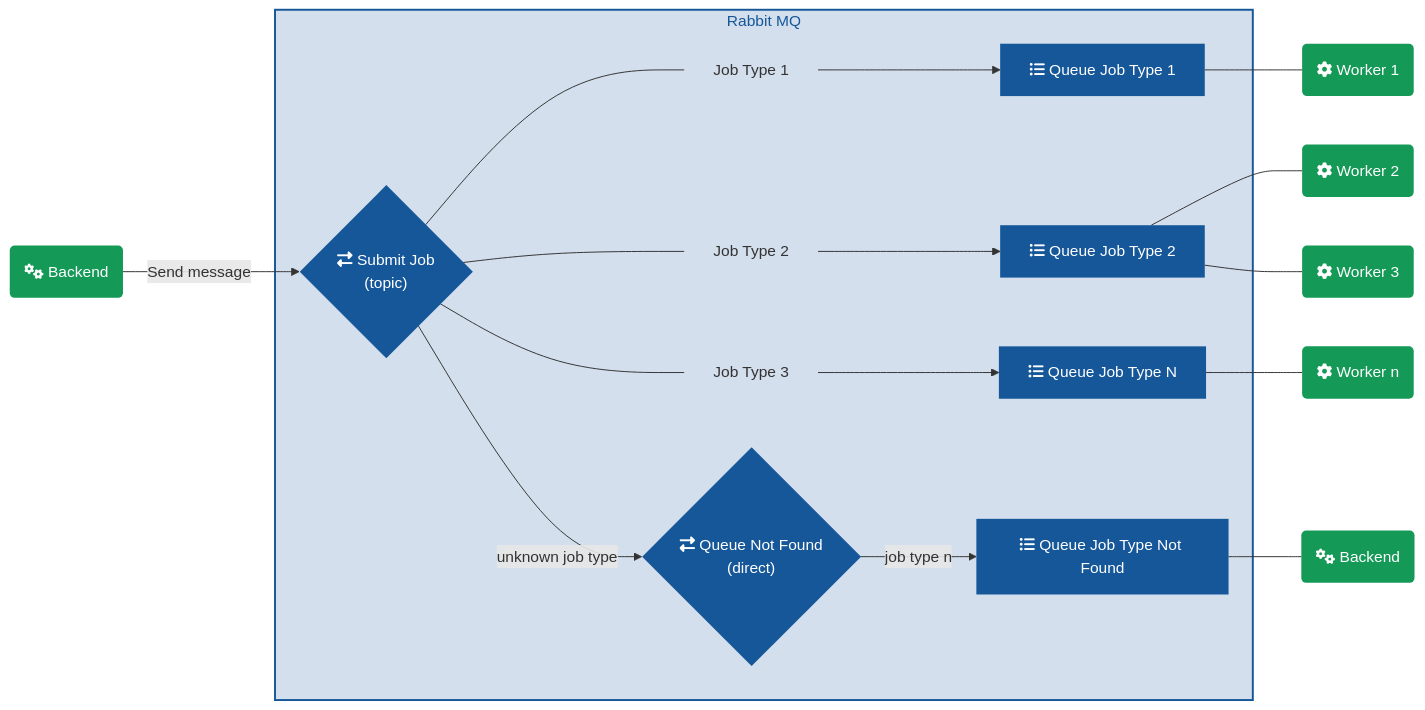
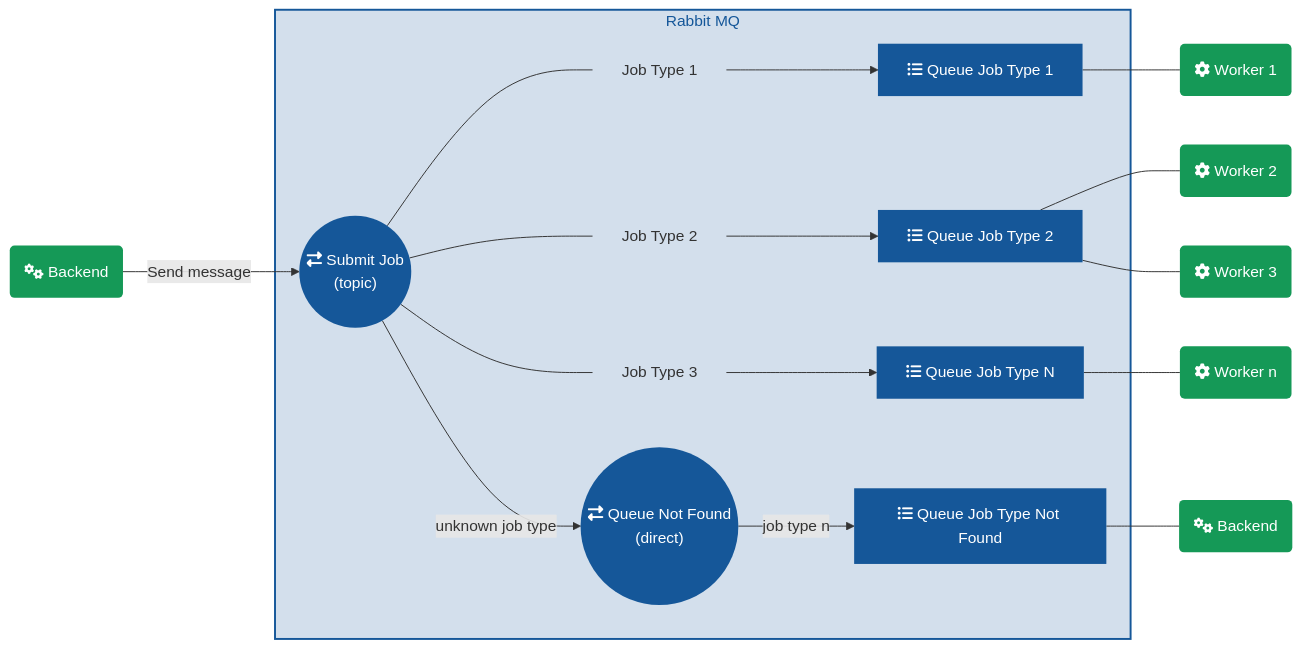
Before and after one commit to media-cloud-ai/media-cloud-ai.github.com: the second of 3 diagrams in step_flow.md, drawn with Mermaid. The commit also changed other lines of this file, not shown here.

Commit message:
update schema

```diff
--- a/step_flow.md
+++ b/step_flow.md
@@ -26,45 +26,45 @@
 <div class="mermaid">
 graph LR
-backend(fa:fa-cogs Backend) --> |Send message| exchange_1{"fa:fa-exchange-alt Submit Job <br/>(topic)"}
+backend(fa:fa-cogs Backend) --> |Send message| exchange_1(("fa:fa-exchange-alt Submit Job <br/>(topic)"))
 
 subgraph rmq[Rabbit MQ]
   exchange_1--- job_type_1["Job Type 1"] --> q_worker_1[fa:fa-list-ul Queue Job Type 1]
   exchange_1 --- job_type_2["Job Type 2"] -->q_worker_2[fa:fa-list-ul Queue Job Type 2]
   exchange_1 --- job_type_3["Job Type 3"] --> q_worker_n[fa:fa-list-ul Queue Job Type N]
 
-  exchange_1 -->|unknown job type| exchange_unknwon{"fa:fa-exchange-alt Queue Not Found<br/>(direct)"}
+  exchange_1 -->|unknown job type| exchange_unknwon(("fa:fa-exchange-alt Queue Not Found<br/>(direct)"))
   exchange_unknwon -->|job type n| q_unknown[fa:fa-list-ul Queue Job Type Not Found]
 end
 
 q_worker_1 --- w1(fa:fa-cog Worker 1)
 q_worker_2 --- w2(fa:fa-cog Worker 2)
 q_worker_2 --- w3(fa:fa-cog Worker 3)
 q_worker_n --- wn(fa:fa-cog Worker n)
 q_unknown --- backend_2(fa:fa-cogs Backend)
 
 classDef blue fill:#155799,stroke: none,color: #fff;
 classDef green fill:#159957,stroke: none,color: #fff;
 
 class backend green
 class backend_2 green
 class w1 green
 class w2 green
 class w3 green
 class wn green
 class q_worker_1 blue
 class q_worker_2 blue
 class q_worker_n blue
 class q_completed blue
 class q_error blue
 class q_unknown blue
 class exchange_1 blue
 class exchange_2 blue
 class exchange_unknwon blue
 
 classDef hidden fill:#fff0,stroke: none,color: #fff;width:0px
 class job_type_1 hidden
 class job_type_2 hidden
 class job_type_3 hidden
 
 style rmq fill:#15579930,stroke:#155799,stroke-width:2px,color:#155799
 </div>
```
